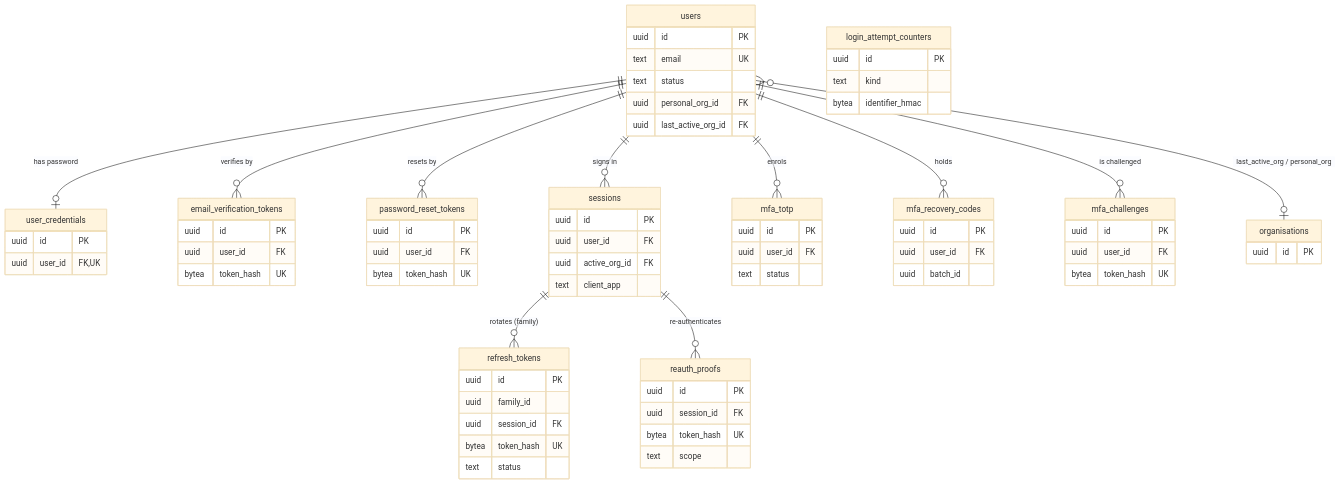
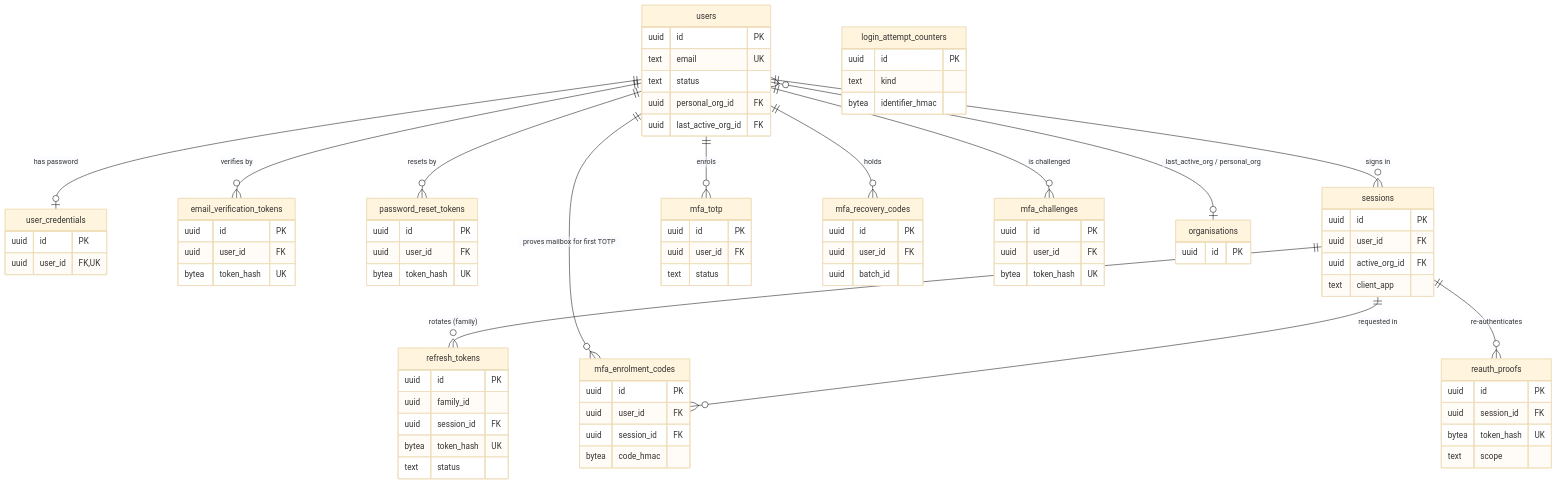
One commit to sukhchdit/shipcube changed the second of 11 diagrams in docs/03-architecture/data-model.md. Above: the diagram before and after it, drawn with Mermaid (base theme). The commit also changed other lines of this file and 44 other files, not shown here.

First line of the commit message:
docs(architecture): remediate P3 security findings SEC-P3-01..04 and Mediums

```diff
--- a/docs/03-architecture/data-model.md
+++ b/docs/03-architecture/data-model.md
@@ -205,6 +215,8 @@
   users ||--o{ mfa_totp : "enrols"
   users ||--o{ mfa_recovery_codes : "holds"
   users ||--o{ mfa_challenges : "is challenged"
+  users ||--o{ mfa_enrolment_codes : "proves mailbox for first TOTP"
+  sessions ||--o{ mfa_enrolment_codes : "requested in"
   sessions ||--o{ reauth_proofs : "re-authenticates"
   users }o--o| organisations : "last_active_org / personal_org"
   users {
@@ -256,6 +268,12 @@
     uuid user_id FK
     bytea token_hash UK
   }
+  mfa_enrolment_codes {
+    uuid id PK
+    uuid user_id FK
+    uuid session_id FK
+    bytea code_hmac
+  }
   reauth_proofs {
     uuid id PK
     uuid session_id FK
```
